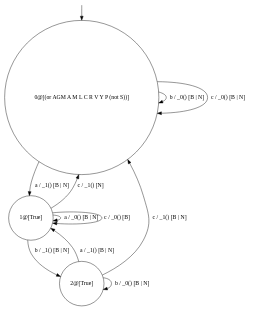
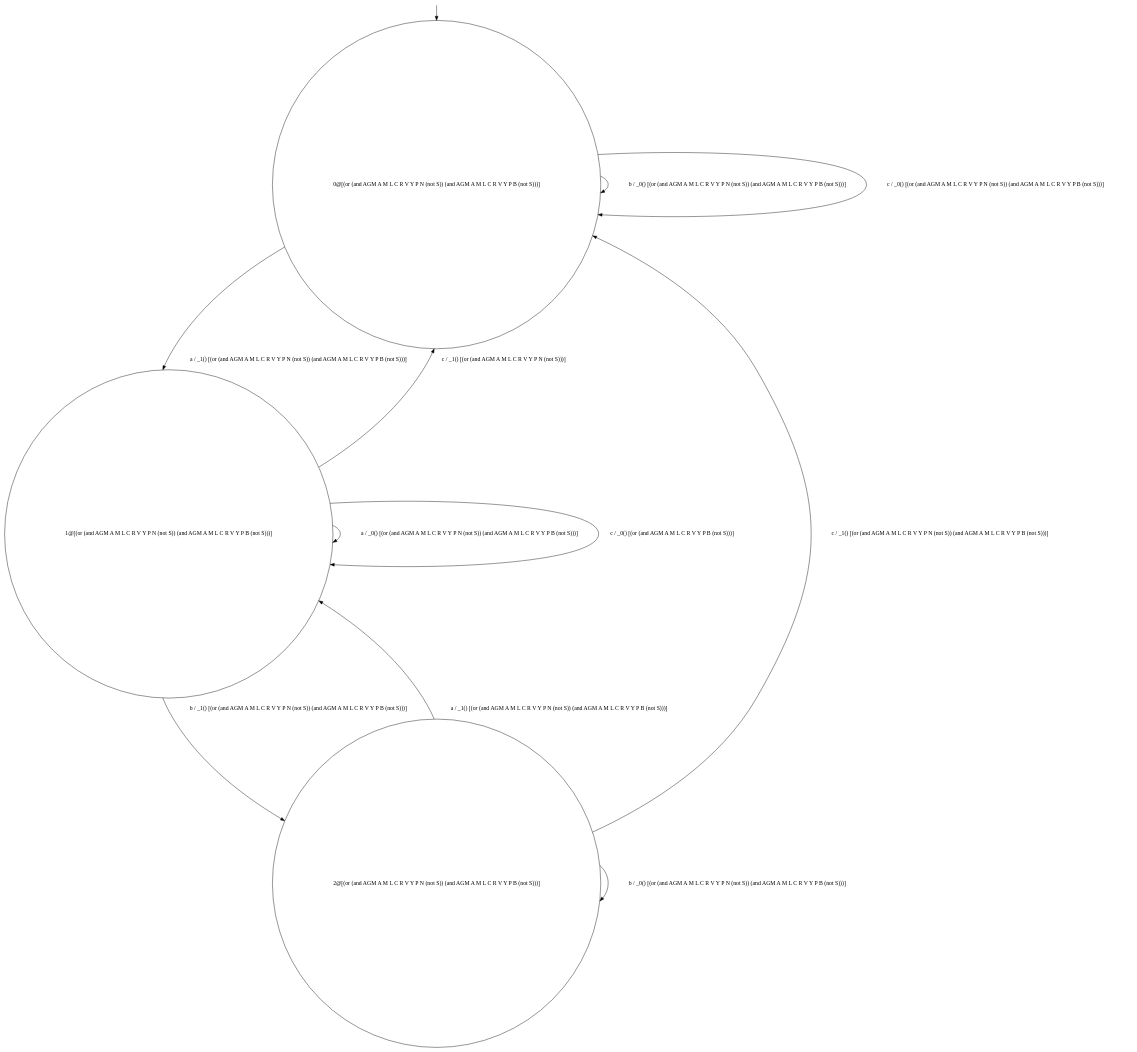
The diagram in FM_Analysis/agm/fsm_agm_1-fsm_agm_2/merged.dot (damascenodiego/learningFFSM), drawn with Graphviz before and after one commit. The commit also changed 7 other files, not shown here.

```diff
--- a/FM_Analysis/agm/fsm_agm_1-fsm_agm_2/merged.dot
+++ b/FM_Analysis/agm/fsm_agm_1-fsm_agm_2/merged.dot
@@ -1,18 +1,18 @@
 digraph g {
 	edge [lblstyle="above, sloped"];
-	s0 [shape="circle" label="0@[(or AGM A M L C R V Y P (not S))]"];
-	s1 [shape="circle" label="1@[True]"];
-	s2 [shape="circle" label="2@[True]"];
-	s0 -> s1 [label="a / _1() [B | N]"];
-	s0 -> s0 [label="b / _0() [B | N]"];
-	s0 -> s0 [label="c / _0() [B | N]"];
-	s1 -> s1 [label="a / _0() [B | N]"];
-	s1 -> s2 [label="b / _1() [B | N]"];
-	s1 -> s0 [label="c / _1() [N]"];
-	s1 -> s1 [label="c / _0() [B]"];
-	s2 -> s1 [label="a / _1() [B | N]"];
-	s2 -> s2 [label="b / _0() [B | N]"];
-	s2 -> s0 [label="c / _1() [B | N]"];
+	s0 [shape="circle" label="0@[(or (and AGM A M L C R V Y P N (not S)) (and AGM A M L C R V Y P B (not S)))]"];
+	s1 [shape="circle" label="1@[(or (and AGM A M L C R V Y P N (not S)) (and AGM A M L C R V Y P B (not S)))]"];
+	s2 [shape="circle" label="2@[(or (and AGM A M L C R V Y P N (not S)) (and AGM A M L C R V Y P B (not S)))]"];
+	s0 -> s1 [label="a / _1() [(or (and AGM A M L C R V Y P N (not S)) (and AGM A M L C R V Y P B (not S)))]"];
+	s0 -> s0 [label="b / _0() [(or (and AGM A M L C R V Y P N (not S)) (and AGM A M L C R V Y P B (not S)))]"];
+	s0 -> s0 [label="c / _0() [(or (and AGM A M L C R V Y P N (not S)) (and AGM A M L C R V Y P B (not S)))]"];
+	s1 -> s1 [label="a / _0() [(or (and AGM A M L C R V Y P N (not S)) (and AGM A M L C R V Y P B (not S)))]"];
+	s1 -> s2 [label="b / _1() [(or (and AGM A M L C R V Y P N (not S)) (and AGM A M L C R V Y P B (not S)))]"];
+	s1 -> s1 [label="c / _0() [(or (and AGM A M L C R V Y P B (not S)))]"];
+	s1 -> s0 [label="c / _1() [(or (and AGM A M L C R V Y P N (not S)))]"];
+	s2 -> s1 [label="a / _1() [(or (and AGM A M L C R V Y P N (not S)) (and AGM A M L C R V Y P B (not S)))]"];
+	s2 -> s2 [label="b / _0() [(or (and AGM A M L C R V Y P N (not S)) (and AGM A M L C R V Y P B (not S)))]"];
+	s2 -> s0 [label="c / _1() [(or (and AGM A M L C R V Y P N (not S)) (and AGM A M L C R V Y P B (not S)))]"];
 	__start0 [label="" shape="none" width="0" height="0"];
 	__start0 -> s0;
 }
```
